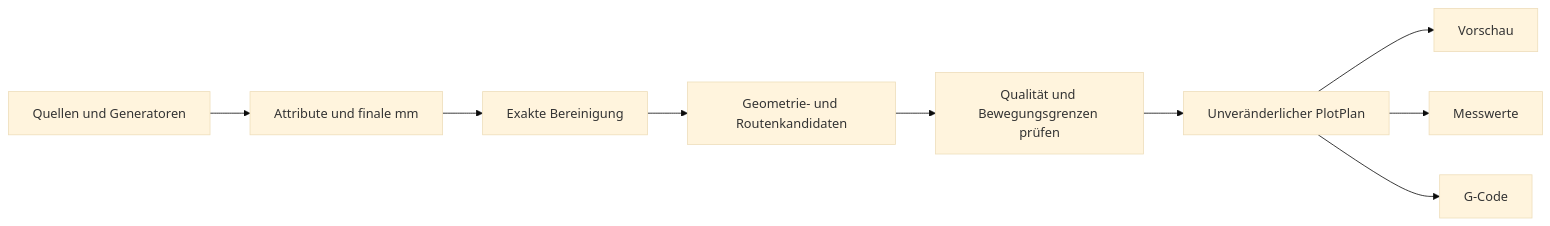
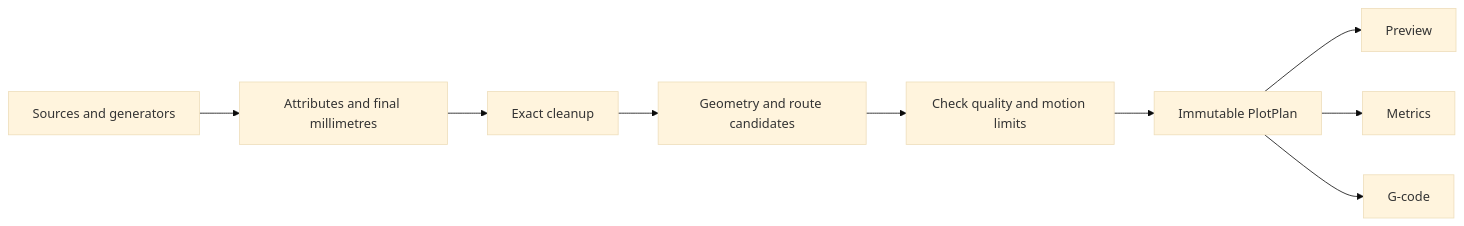
Before and after one commit to Friedjof/gcodescribe: the diagram in docs/plot-efficiency-evaluation.md, drawn with Mermaid (base theme). The commit also changed other lines of this file and 39 other files, not shown here.

````diff
--- a/docs/plot-efficiency-evaluation.md
+++ b/docs/plot-efficiency-evaluation.md
@@ -244,11 +119,11 @@
 ```mermaid
 flowchart LR
-  A[Quellen und Generatoren] --> B[Attribute und finale mm]
-  B --> C[Exakte Bereinigung]
-  C --> D[Geometrie- und Routenkandidaten]
-  D --> E[Qualität und Bewegungsgrenzen prüfen]
-  E --> F[Unveränderlicher PlotPlan]
-  F --> G[Vorschau]
-  F --> H[Messwerte]
-  F --> I[G-Code]
+  A[Sources and generators] --> B[Attributes and final millimetres]
+  B --> C[Exact cleanup]
+  C --> D[Geometry and route candidates]
+  D --> E[Check quality and motion limits]
+  E --> F[Immutable PlotPlan]
+  F --> G[Preview]
+  F --> H[Metrics]
+  F --> I[G-code]
 ```
````
